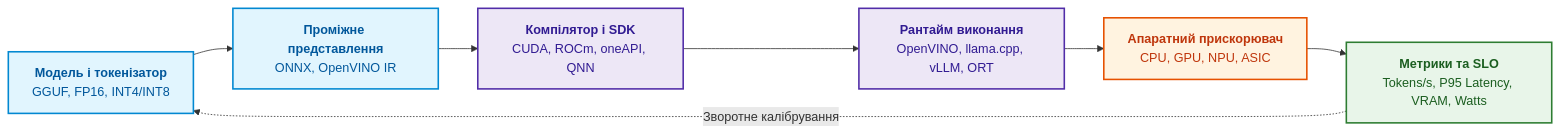
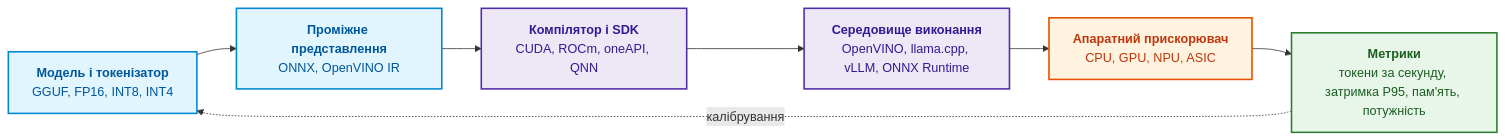
Before and after one commit to nick-fedchik/articles: the second of 3 diagrams in ExpertSystem/ch17-implementation-stack.md, drawn with Mermaid. The commit also changed other lines of this file, not shown here.

````diff
--- a/ExpertSystem/ch17-implementation-stack.md
+++ b/ExpertSystem/ch17-implementation-stack.md
@@ -162,22 +210,22 @@
 ```mermaid
 flowchart LR
-    accTitle: Конвеєр виконання моделі від графа до заліза
-    accDescr: Послідовність перетворень нейромережі - модель, проміжне представлення, компілятор, рантайм, апаратний чип та метрики якості.
+    accTitle: Ланцюжок виконання моделі від файлу до апаратури
+    accDescr: Модель проходить через проміжне представлення, компілятор, середовище виконання й апаратний прискорювач, а метрики виконання повертаються для калібрування.
 
-    A["<b>Модель і токенізатор</b><br/>GGUF, FP16, INT4/INT8"] --> B["<b>Проміжне представлення</b><br/>ONNX, OpenVINO IR"]
+    A["<b>Модель і токенізатор</b><br/>GGUF, FP16, INT8, INT4"] --> B["<b>Проміжне представлення</b><br/>ONNX, OpenVINO IR"]
     B --> C["<b>Компілятор і SDK</b><br/>CUDA, ROCm, oneAPI, QNN"]
-    C --> D["<b>Рантайм виконання</b><br/>OpenVINO, llama.cpp, vLLM, ORT"]
+    C --> D["<b>Середовище виконання</b><br/>OpenVINO, llama.cpp, vLLM, ONNX Runtime"]
     D --> E["<b>Апаратний прискорювач</b><br/>CPU, GPU, NPU, ASIC"]
-    E --> F["<b>Метрики та SLO</b><br/>Tokens/s, P95 Latency, VRAM, Watts"]
-    F -.->|"Зворотне калібрування"| A
+    E --> F["<b>Метрики</b><br/>токени за секунду, затримка P95, пам'ять, потужність"]
+    F -.->|"калібрування"| A
 
     classDef src fill:#e1f5fe,stroke:#0288d1,stroke-width:2px,color:#01579b;
     classDef ir fill:#ede7f6,stroke:#512da8,stroke-width:2px,color:#311b92;
     classDef hw fill:#fff3e0,stroke:#e65100,stroke-width:2px,color:#bf360c;
     classDef metrics fill:#e8f5e9,stroke:#2e7d32,stroke-width:2px,color:#1b5e20;
 
     class A,B src;
     class C,D ir;
     class E hw;
     class F metrics;
 ```
````
